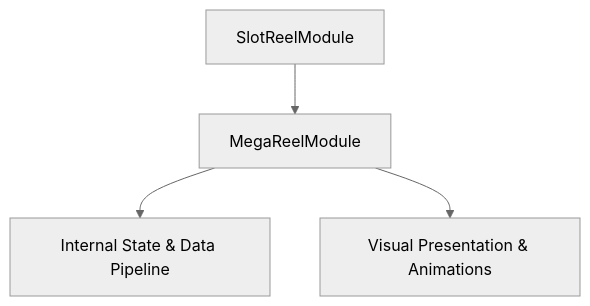
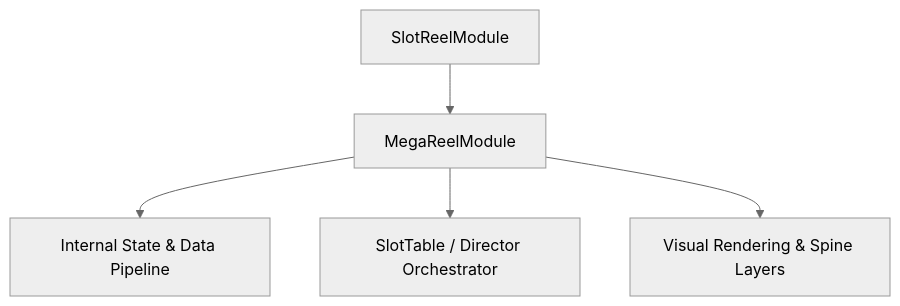
Before and after one commit to lam-ark/mcp-fwcc: the diagram in docs/cc_slot_mechanics/modules/MegaReelModule/01_overview/01_architecture_and_role.md, drawn with Mermaid (neutral theme). The commit also changed other lines of this file and 2509 other files, not shown here.

````diff
--- a/docs/cc_slot_mechanics/modules/MegaReelModule/01_overview/01_architecture_and_role.md
+++ b/docs/cc_slot_mechanics/modules/MegaReelModule/01_overview/01_architecture_and_role.md
@@ -18,6 +24,7 @@
 ```mermaid
 graph TD
-    Parent[SlotReelModule] --> Mod[MegaReelModule]
-    Mod --> State[Internal State & Data Pipeline]
-    Mod --> Render[Visual Presentation & Animations]
+    SuperClass[SlotReelModule] --> TargetClass[MegaReelModule]
+    TargetClass --> DataPipeline[Internal State & Data Pipeline]
+    TargetClass --> Orchestrator[SlotTable / Director Orchestrator]
+    TargetClass --> ViewLayer[Visual Rendering & Spine Layers]
 ```
````
